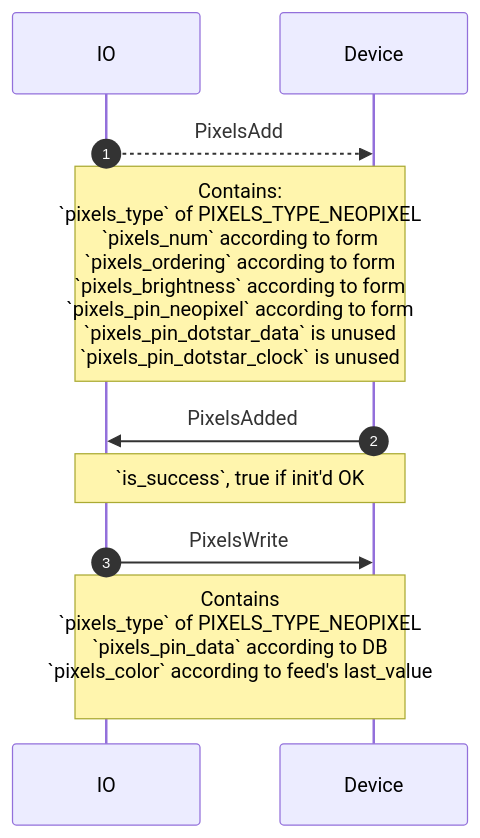
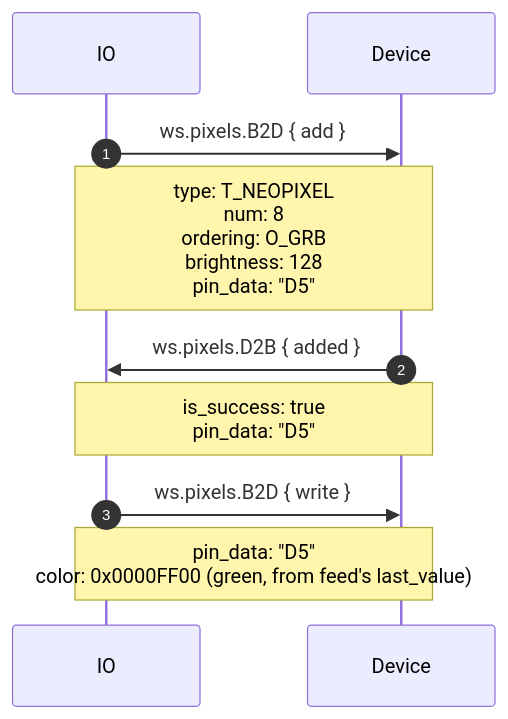
One commit to adafruit/Wippersnapper_Protobuf changed the fifth of 10 diagrams in proto/wippersnapper/docs/pixels.md. Above: the diagram before and after it, drawn with Mermaid. The commit also changed other lines of this file and 10 other files, not shown here.

````diff
--- a/proto/wippersnapper/docs/pixels.md
+++ b/proto/wippersnapper/docs/pixels.md
@@ -56,10 +114,12 @@
 ```mermaid
 sequenceDiagram
 autonumber
-IO-->>Device: PixelsAdd
-Note over IO, Device: Contains:<br> `pixels_type` of PIXELS_TYPE_NEOPIXEL<br>`pixels_num` according to form<br>`pixels_ordering` according to form<br> `pixels_brightness` according to form <br>`pixels_pin_neopixel` according to form<br> `pixels_pin_dotstar_data` is unused<br>`pixels_pin_dotstar_clock` is unused
-Device->>IO: PixelsAdded
-Note over Device,IO: `is_success`, true if init'd OK
-IO->>Device: PixelsWrite
-Note over IO, Device: Contains<br> `pixels_type` of PIXELS_TYPE_NEOPIXEL<br>`pixels_pin_data` according to DB<br>`pixels_color` according to feed's last_value<br>
+IO->>Device: ws.pixels.B2D { add }
+Note over IO, Device: type: T_NEOPIXEL<br/>num: 8<br/>ordering: O_GRB<br/>brightness: 128<br/>pin_data: "D5"
+
+Device->>IO: ws.pixels.D2B { added }
+Note over Device,IO: is_success: true<br/>pin_data: "D5"
+
+IO->>Device: ws.pixels.B2D { write }
+Note over IO, Device: pin_data: "D5"<br/>color: 0x0000FF00 (green, from feed's last_value)
 ```
````
